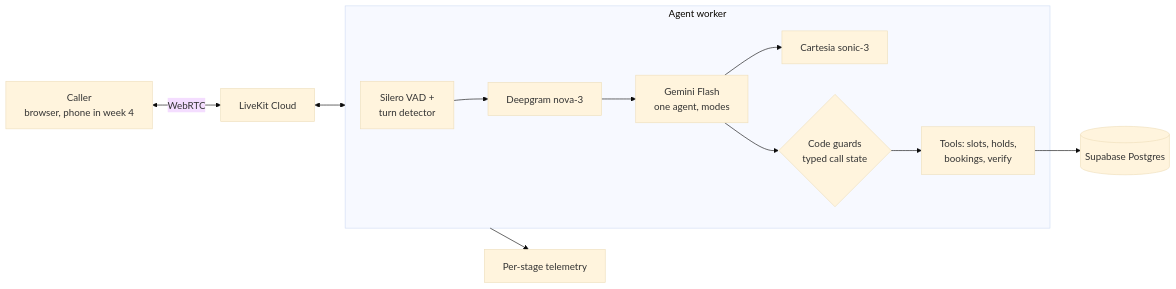
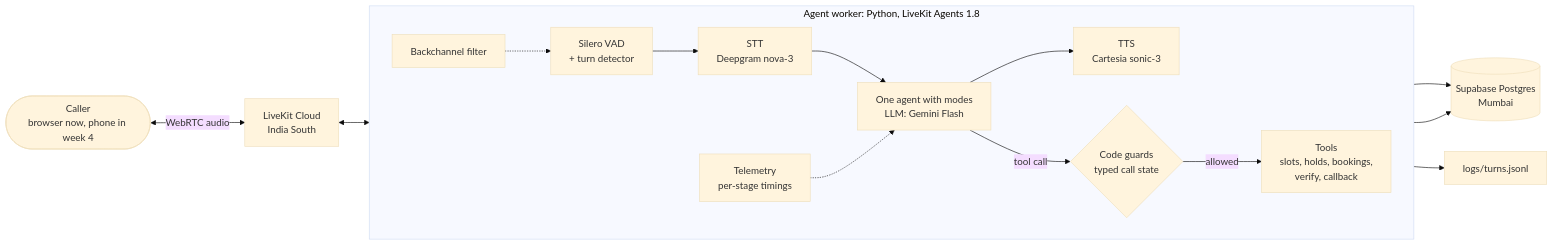
The first of 3 diagrams in README.md (BLAZE7SHADOW/hinglish-clinic-voice-agent), drawn with Mermaid (base theme) before and after one commit. The commit also changed other lines of this file, not shown here.

````diff
--- a/README.md
+++ b/README.md
@@ -46,14 +40,20 @@
 ```mermaid
 flowchart LR
-    C[Caller<br/>browser, phone in week 4] <-->|WebRTC| LK[LiveKit Cloud]
-    LK <--> W[Agent worker<br/>LiveKit Agents 1.8]
-    subgraph W [Agent worker]
-        VAD[Silero VAD +<br/>turn detector] --> STT[Deepgram nova-3]
-        STT --> LLM[Gemini Flash<br/>one agent, modes]
-        LLM --> TTS[Cartesia sonic-3]
-        LLM --> G{Code guards<br/>typed call state}
-        G --> T[Tools: slots, holds,<br/>bookings, verify]
+    caller([Caller<br/>browser now, phone in week 4]) <-->|WebRTC audio| lk[LiveKit Cloud<br/>India South]
+    lk <--> worker
+
+    subgraph worker [Agent worker: Python, LiveKit Agents 1.8]
+        direction LR
+        vad[Silero VAD<br/>+ turn detector] --> stt[STT<br/>Deepgram nova-3]
+        stt --> agent[One agent with modes<br/>LLM: Gemini Flash]
+        agent --> tts[TTS<br/>Cartesia sonic-3]
+        agent -->|tool call| guard{Code guards<br/>typed call state}
+        guard -->|allowed| tools[Tools<br/>slots, holds, bookings,<br/>verify, callback]
+        bc[Backchannel filter] -.-> vad
+        tel[Telemetry<br/>per-stage timings] -.-> agent
     end
-    T --> DB[(Supabase Postgres)]
-    W --> TEL[Per-stage telemetry]
+
+    tools --> db[(Supabase Postgres<br/>Mumbai)]
+    tel --> db
+    tel --> jsonl[logs/turns.jsonl]
 ```
````
